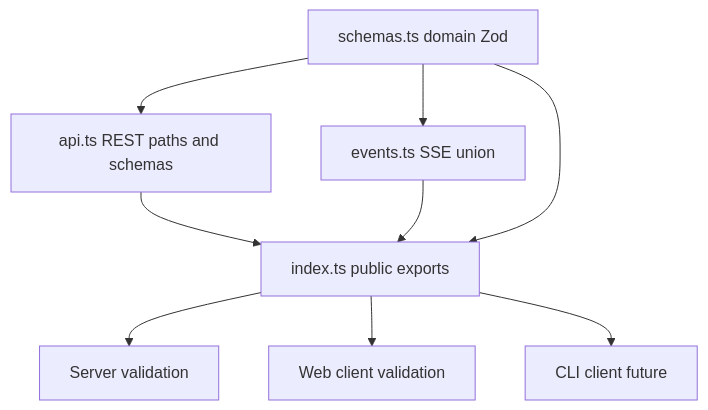
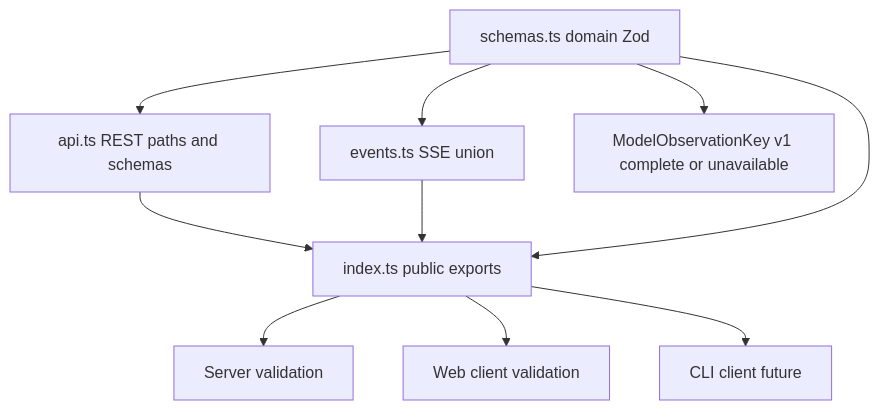
The diagram in docs/architecture/diagrams/lld-contract.mmd (MattoYuzuru/Guanxi), drawn with Mermaid before and after one commit. The commit also changed other lines of this file and 11 other files, not shown here.

```diff
--- a/docs/architecture/diagrams/lld-contract.mmd
+++ b/docs/architecture/diagrams/lld-contract.mmd
@@ -1,15 +1,17 @@
 flowchart TB
     Schemas[schemas.ts domain Zod]
     API[api.ts REST paths and schemas]
     Events[events.ts SSE union]
+    Observation[ModelObservationKey v1 complete or unavailable]
     Index[index.ts public exports]
 
     Schemas --> API
     Schemas --> Events
+    Schemas --> Observation
     API --> Index
     Events --> Index
     Schemas --> Index
 
     Index --> Server[Server validation]
     Index --> Web[Web client validation]
     Index --> CLI[CLI client future]
```
